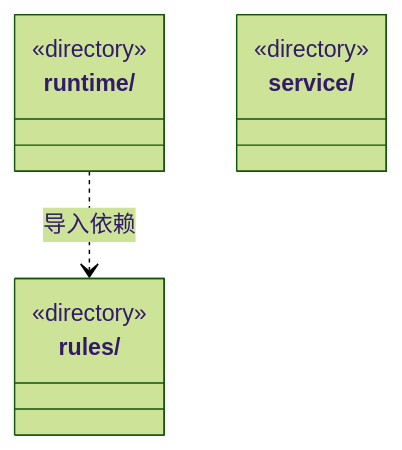
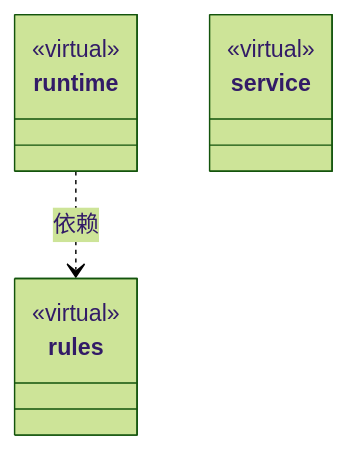
One commit to nan023062/cbim changed the diagram in src/logic/evidence/ARCHITECTURE.md. Above: the diagram before and after it, drawn with Mermaid (forest theme). The commit also changed other lines of this file and 158 other files, not shown here.

Commit message:
docs: model architecture through nested virtual encapsulations

````diff
--- a/src/logic/evidence/ARCHITECTURE.md
+++ b/src/logic/evidence/ARCHITECTURE.md
@@ -35,13 +17,16 @@
 ```mermaid
 classDiagram
-class N_src_logic_evidence_rules["rules/"] {
-  <<directory>>
+class N_07e0b37c6427["rules"] {
+  <<virtual>>
 }
-class N_src_logic_evidence_runtime["runtime/"] {
-  <<directory>>
+click N_07e0b37c6427 href "rules/ARCHITECTURE.md"
+class N_d2282a3fcfd9["runtime"] {
+  <<virtual>>
 }
-class N_src_logic_evidence_service["service/"] {
-  <<directory>>
+click N_d2282a3fcfd9 href "runtime/ARCHITECTURE.md"
+class N_df1380fd1096["service"] {
+  <<virtual>>
 }
-N_src_logic_evidence_runtime ..> N_src_logic_evidence_rules : 导入依赖
+click N_df1380fd1096 href "service/ARCHITECTURE.md"
+N_d2282a3fcfd9 ..> N_07e0b37c6427 : 依赖
 ```
````
